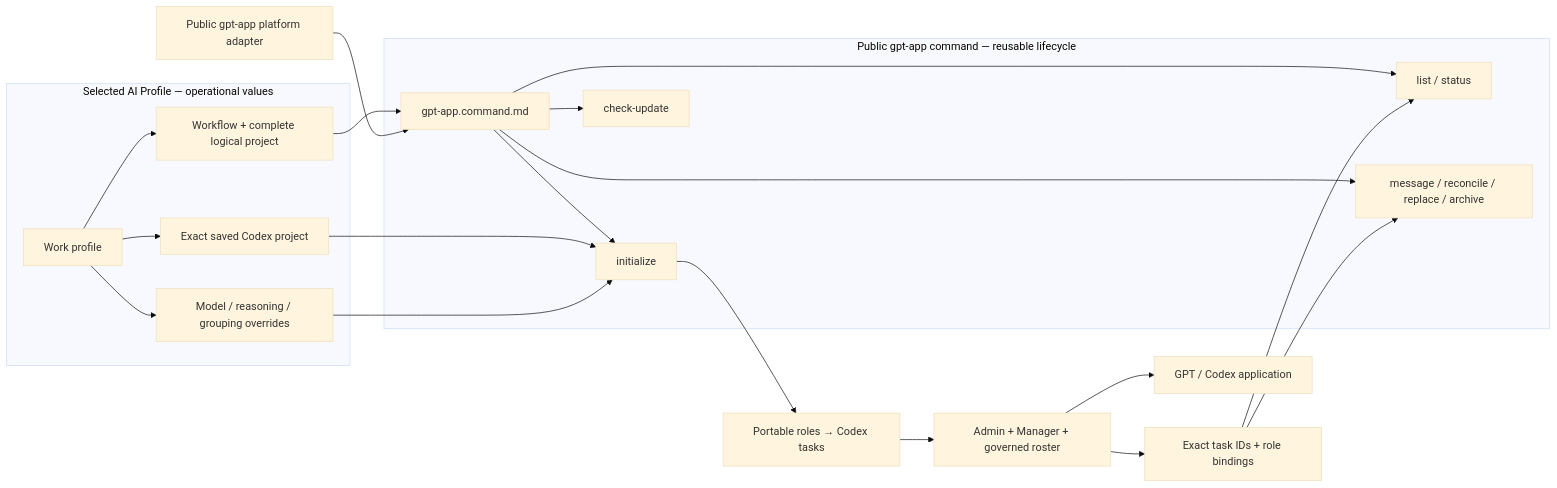
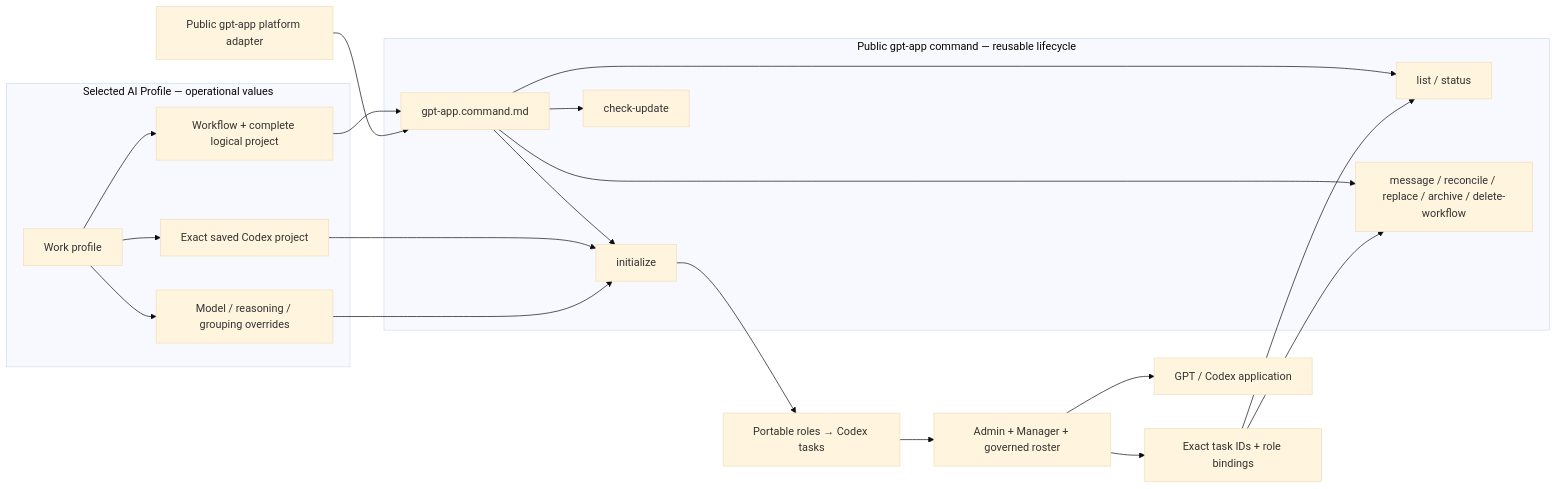
One commit to starodubtsevconsulting/ai-fleas changed the diagram in ai-commands/gpt-app/gpt-app.command.md. Above: the diagram before and after it, drawn with Mermaid (base theme). The commit also changed other lines of this file and 5 other files, not shown here.

````diff
--- a/ai-commands/gpt-app/gpt-app.command.md
+++ b/ai-commands/gpt-app/gpt-app.command.md
@@ -9,31 +9,31 @@
 ```mermaid
 flowchart LR
   subgraph PrivateProfile["Selected AI Profile — operational values"]
     Profile["Work profile"] --> Workflow["Workflow + complete logical project"]
     Profile --> Project["Exact saved Codex project"]
     Profile --> Overrides["Model / reasoning / grouping overrides"]
   end
 
   subgraph PublicCommand["Public gpt-app command — reusable lifecycle"]
     Contract["gpt-app.command.md"]
     Initialize["initialize"]
     Inspect["list / status"]
     CheckUpdate["check-update"]
-    Operate["message / reconcile / replace / archive"]
+    Operate["message / reconcile / replace / archive / delete-workflow"]
     Contract --> Initialize
     Contract --> Inspect
     Contract --> CheckUpdate
     Contract --> Operate
   end
 
   Workflow --> Contract
   Adapter["Public gpt-app platform adapter"] --> Contract
   Project --> Initialize
   Overrides --> Initialize
   Initialize --> Mapping["Portable roles → Codex tasks"]
   Mapping --> Tasks["Admin + Manager + governed roster"]
   Tasks --> Receipts["Exact task IDs + role bindings"]
   Receipts --> Inspect
   Receipts --> Operate
   Tasks --> App["GPT / Codex application"]
 ```
````
